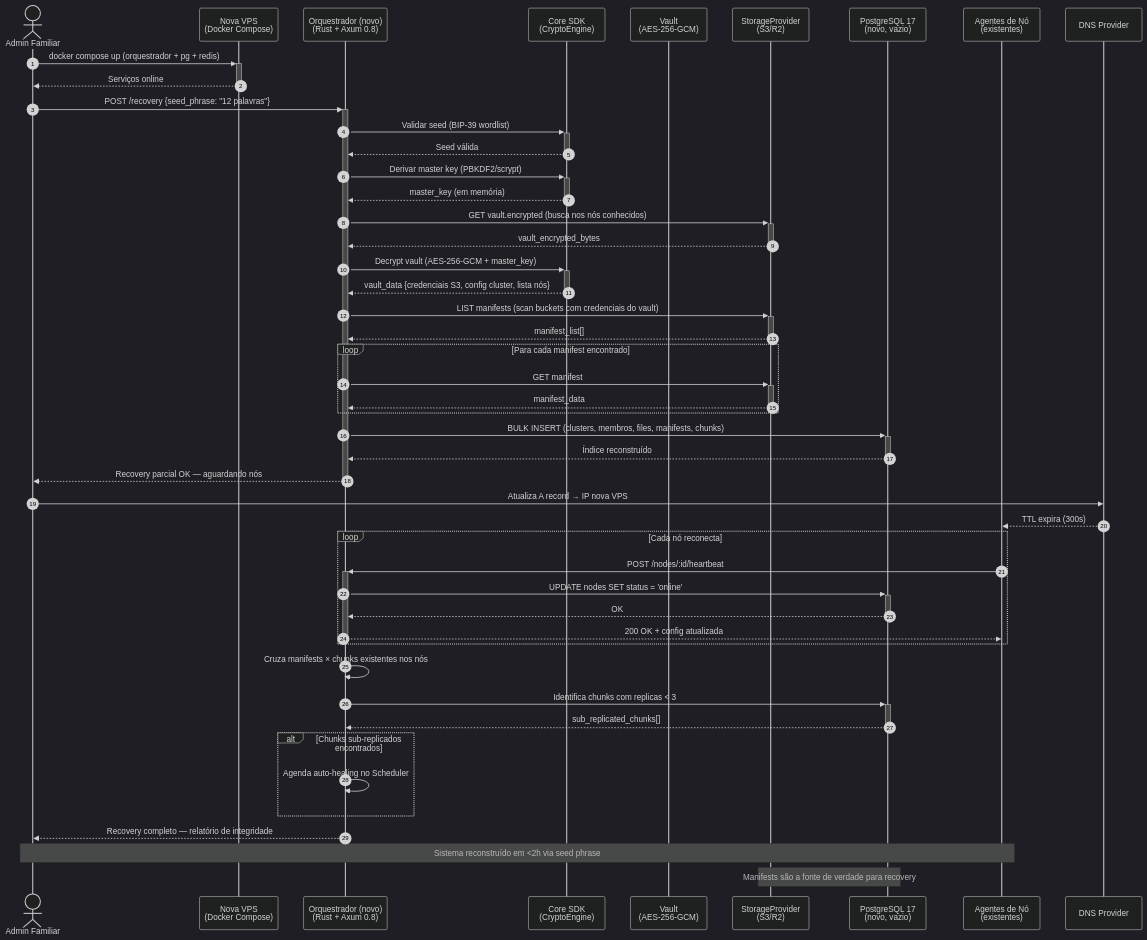
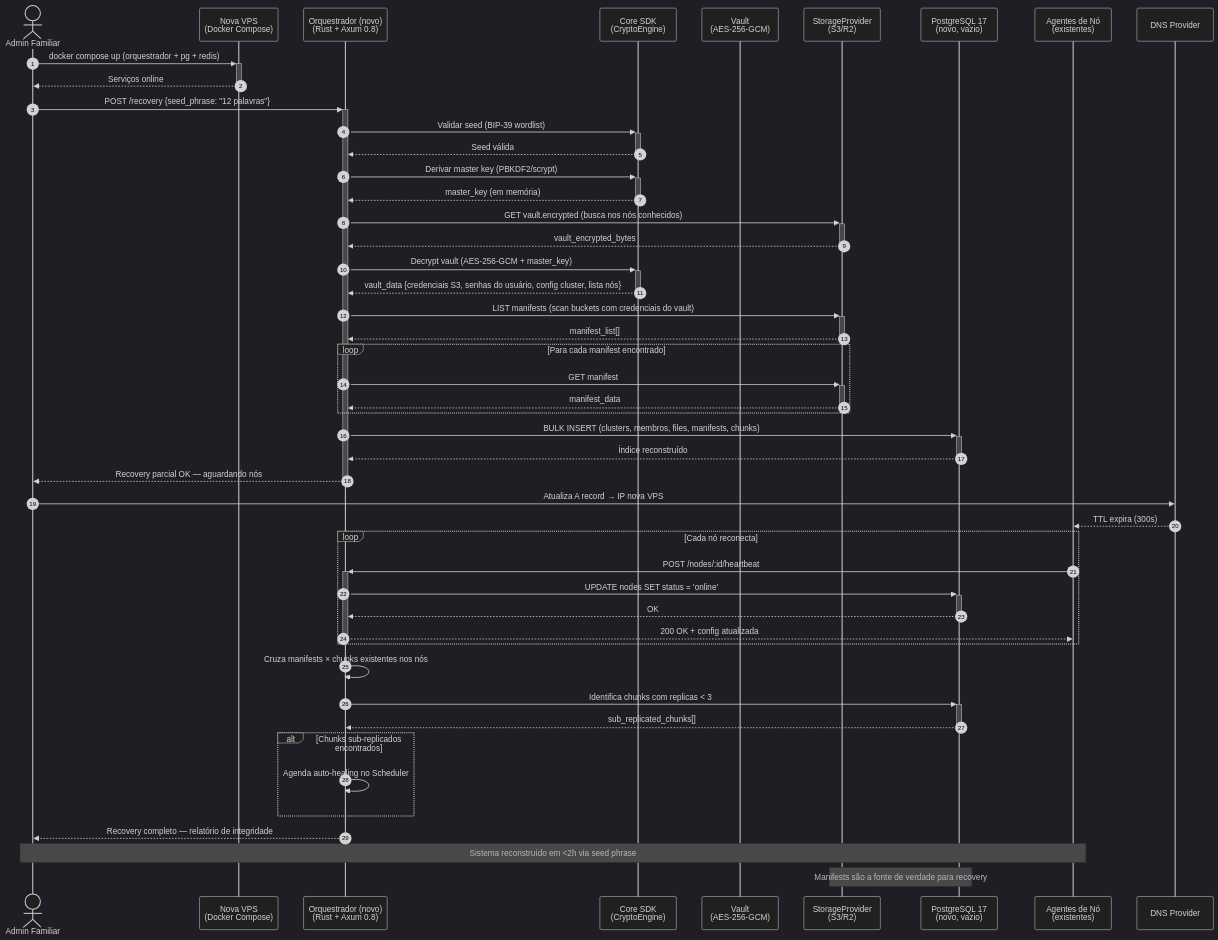
One commit to DouglasPrado/alexandria changed the diagram in docs/diagrams/sequences/seed-recovery.mmd. Above: the diagram before and after it, drawn with Mermaid (dark theme). The commit also changed 20 other files, not shown here.

```diff
--- a/docs/diagrams/sequences/seed-recovery.mmd
+++ b/docs/diagrams/sequences/seed-recovery.mmd
@@ -1,72 +1,72 @@
 %% Fluxo: Recovery do Orquestrador via Seed Phrase
 %% Referência: docs/blueprint/07-critical_flows.md
 
 sequenceDiagram
     autonumber
 
     actor Admin as Admin Familiar
     participant VPS as Nova VPS<br/>(Docker Compose)
     participant API as Orquestrador (novo)<br/>(Rust + Axum 0.8)
     participant SDK as Core SDK<br/>(CryptoEngine)
     participant Vault as Vault<br/>(AES-256-GCM)
     participant S3 as StorageProvider<br/>(S3/R2)
     participant DB as PostgreSQL 17<br/>(novo, vazio)
     participant Nodes as Agentes de Nó<br/>(existentes)
     participant DNS as DNS Provider
 
     %% Setup
     Admin ->>+ VPS: docker compose up (orquestrador + pg + redis)
     VPS -->>- Admin: Serviços online
 
     %% Recovery
     Admin ->>+ API: POST /recovery {seed_phrase: "12 palavras"}
     API ->>+ SDK: Validar seed (BIP-39 wordlist)
     SDK -->>- API: Seed válida
 
     API ->>+ SDK: Derivar master key (PBKDF2/scrypt)
     SDK -->>- API: master_key (em memória)
 
     %% Vault
     API ->>+ S3: GET vault.encrypted (busca nos nós conhecidos)
     S3 -->>- API: vault_encrypted_bytes
 
     API ->>+ SDK: Decrypt vault (AES-256-GCM + master_key)
-    SDK -->>- API: vault_data {credenciais S3, config cluster, lista nós}
+    SDK -->>- API: vault_data {credenciais S3, senhas do usuário, config cluster, lista nós}
 
     %% Rebuild
     API ->>+ S3: LIST manifests (scan buckets com credenciais do vault)
     S3 -->>- API: manifest_list[]
 
     loop Para cada manifest encontrado
         API ->>+ S3: GET manifest
         S3 -->>- API: manifest_data
     end
 
     API ->>+ DB: BULK INSERT (clusters, membros, files, manifests, chunks)
     DB -->>- API: Índice reconstruído
     API -->>- Admin: Recovery parcial OK — aguardando nós
 
     %% DNS e reconexão
     Admin ->> DNS: Atualiza A record → IP nova VPS
     DNS -->> Nodes: TTL expira (300s)
 
     loop Cada nó reconecta
         Nodes ->>+ API: POST /nodes/:id/heartbeat
         API ->>+ DB: UPDATE nodes SET status = 'online'
         DB -->>- API: OK
         API -->>- Nodes: 200 OK + config atualizada
     end
 
     %% Validação
     API ->> API: Cruza manifests × chunks existentes nos nós
     API ->>+ DB: Identifica chunks com replicas < 3
     DB -->>- API: sub_replicated_chunks[]
 
     alt Chunks sub-replicados encontrados
         API ->> API: Agenda auto-healing no Scheduler
     end
 
     API -->> Admin: Recovery completo — relatório de integridade
 
     Note over Admin, Nodes: Sistema reconstruído em <2h via seed phrase
     Note over S3, DB: Manifests são a fonte de verdade para recovery
```
